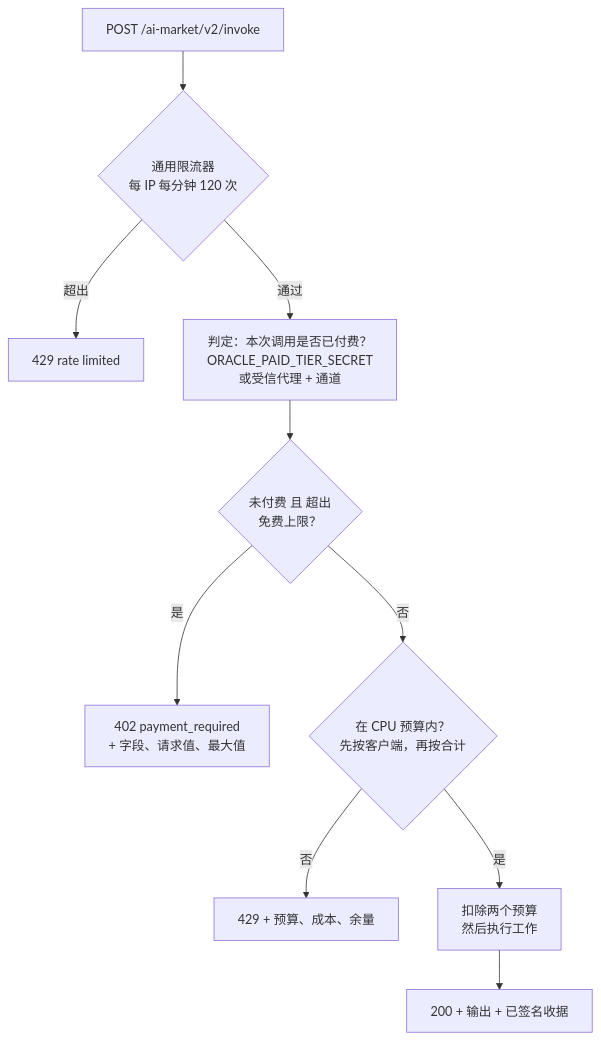
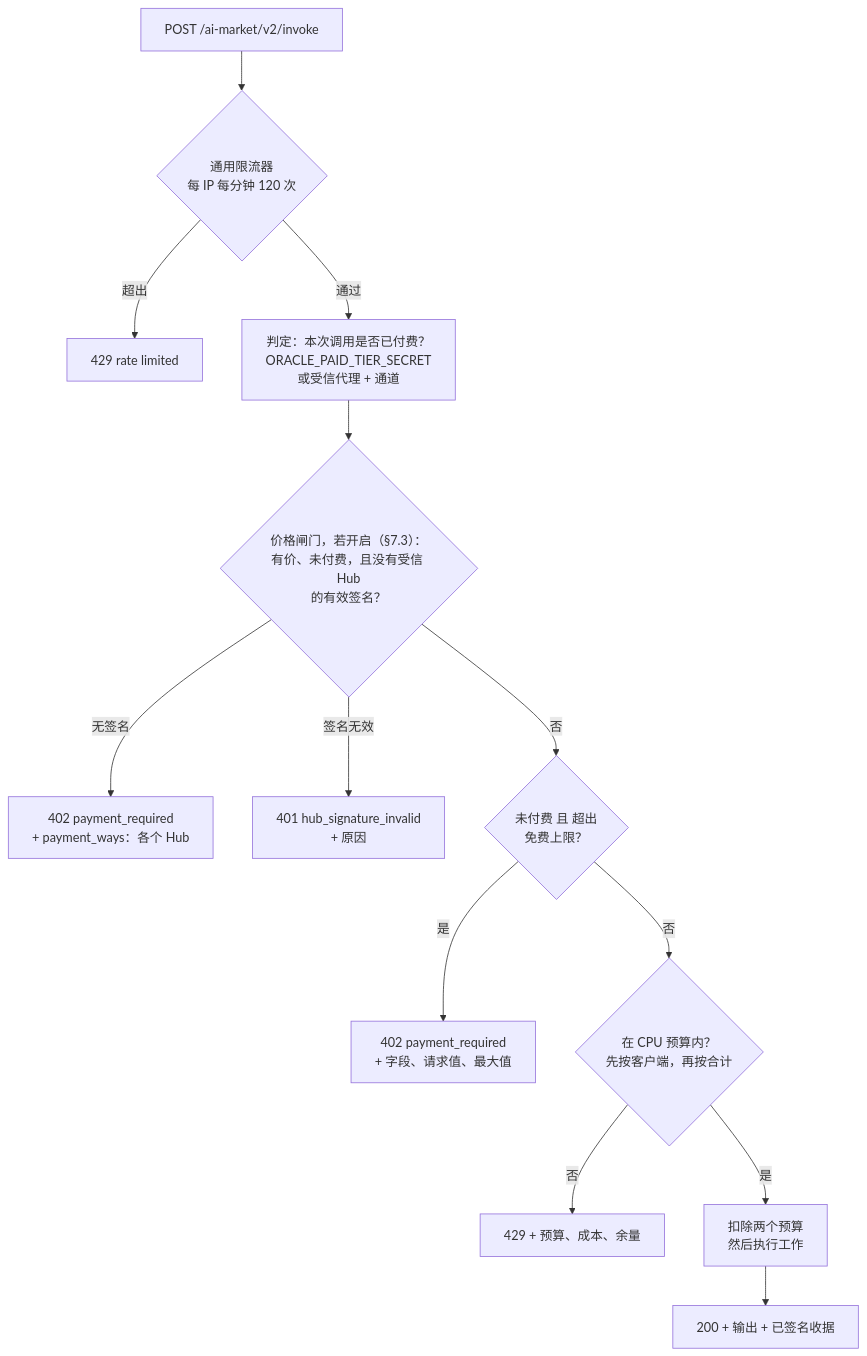
One commit to alexar76/aicom changed the second of 4 diagrams in docs/free-and-paid-tiers.zh.md. Above: the diagram before and after it, drawn with Mermaid. The commit also changed other lines of this file and 496 other files, not shown here.

````diff
--- a/docs/free-and-paid-tiers.zh.md
+++ b/docs/free-and-paid-tiers.zh.md
@@ -148,12 +148,15 @@
 ```mermaid
 flowchart TD
     R["POST /ai-market/v2/invoke"] --> G{"通用限流器<br/>每 IP 每分钟 120 次"}
     G -->|超出| G429["429 rate limited"]
     G -->|通过| P["判定：本次调用是否已付费？<br/>ORACLE_PAID_TIER_SECRET<br/>或受信代理 + 通道"]
-    P --> F{"未付费 且 超出<br/>免费上限？"}
+    P --> H{"价格闸门，若开启（§7.3）：<br/>有价、未付费，且没有受信 Hub<br/>的有效签名？"}
+    H -->|无签名| H402["402 payment_required<br/>+ payment_ways：各个 Hub"]
+    H -->|签名无效| H401["401 hub_signature_invalid<br/>+ 原因"]
+    H -->|否| F{"未付费 且 超出<br/>免费上限？"}
     F -->|是| F402["402 payment_required<br/>+ 字段、请求值、最大值"]
     F -->|否| B{"在 CPU 预算内？<br/>先按客户端，再按合计"}
     B -->|否| B429["429 + 预算、成本、余量"]
     B -->|是| W["扣除两个预算<br/>然后执行工作"]
     W --> OK["200 + 输出 + 已签名收据"]
 ```
````
